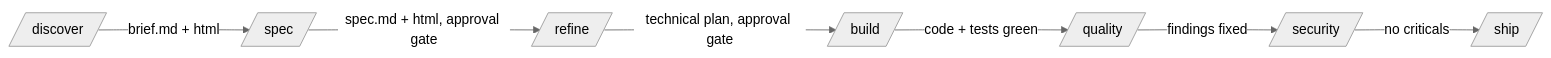
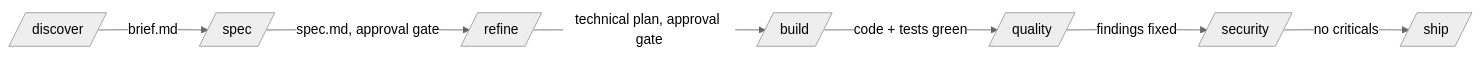
Before and after one commit to dzaffren/claude-plugin: the first of 2 diagrams in README.md, drawn with Mermaid (neutral theme). The commit also changed other lines of this file and 16 other files, not shown here.

First line of the commit message:
Drop HTML spec views: delete spec-html skill and the HTML freshness gate

````diff
--- a/README.md
+++ b/README.md
@@ -12,9 +11,9 @@
 ```mermaid
 flowchart LR
-    D[/discover/] -- brief.md + html --> S[/spec/]
-    S -- spec.md + html, approval gate --> R[/refine/]
+    D[/discover/] -- brief.md --> S[/spec/]
+    S -- spec.md, approval gate --> R[/refine/]
     R -- technical plan, approval gate --> B[/build/]
     B -- code + tests green --> Q[/quality/]
     Q -- findings fixed --> X[/security/]
     X -- no criticals --> P[/ship/]
 ```
````
